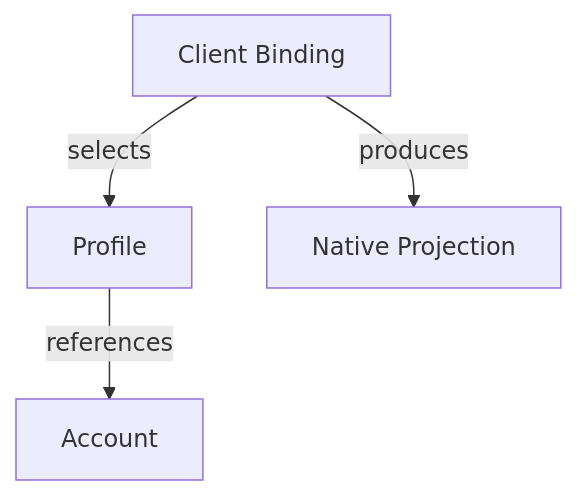
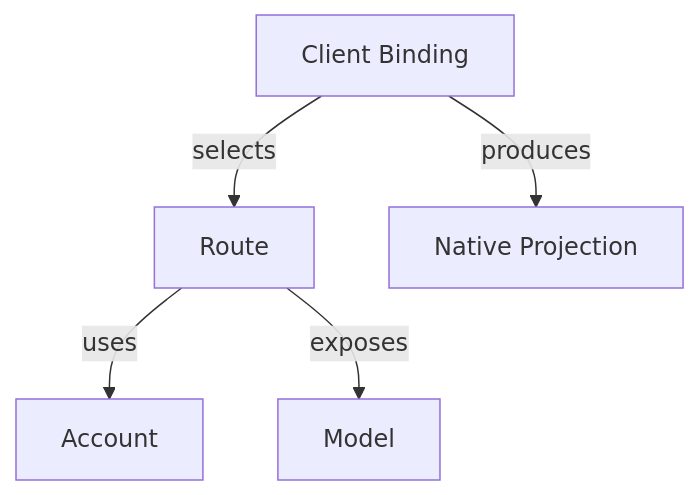
Before and after one commit to HengYangDS/aigw-cli: the diagram in docs/concepts/product-concepts.md, drawn with Mermaid. The commit also changed other lines of this file and 170 other files, not shown here.

````diff
--- a/docs/concepts/product-concepts.md
+++ b/docs/concepts/product-concepts.md
@@ -8,8 +8,9 @@
 ```mermaid
 flowchart TB
     accTitle: References among the four configuration entities
-    accDescr: A Client Binding selects a reusable Profile, which names an Account. The binding is projected into one native client while Account Tokens remain in a separate backend.
-    B["Client Binding"] -->|selects| P["Profile"]
-    P -->|references| A["Account"]
+    accDescr: A Client Binding selects a reusable Route, which names an Account. The binding is projected into one native client while Account Tokens remain in a separate backend.
+    B["Client Binding"] -->|selects| R["Route"]
+    R -->|uses| A["Account"]
+    R -->|exposes| M["Model"]
     B -->|produces| N["Native Projection"]
 ```
````
